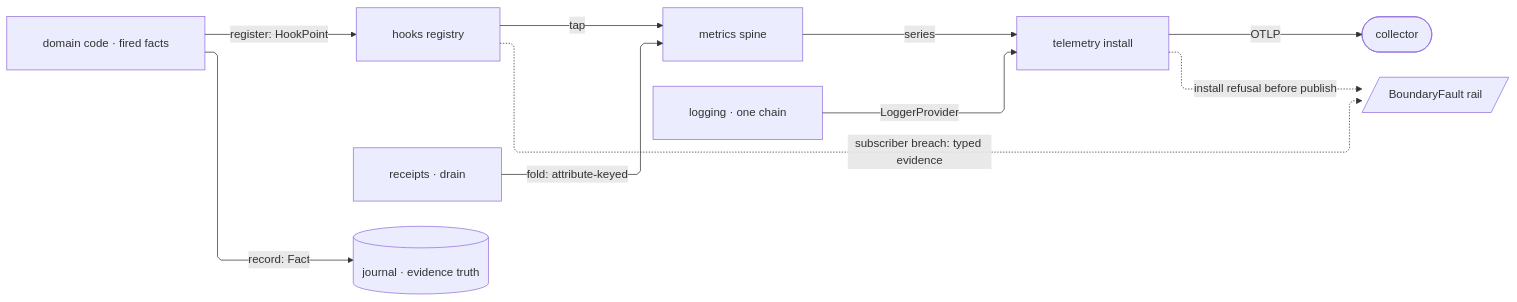
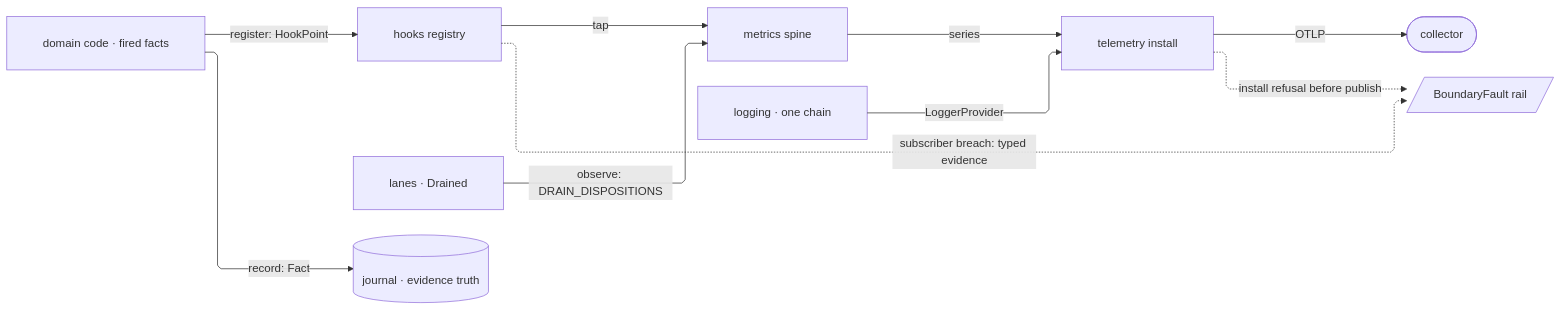
The fourth of 4 diagrams in libs/python/runtime/ARCHITECTURE.md (bsamiee/Rasm), drawn with Mermaid before and after one commit. The commit also changed other lines of this file and 1417 other files, not shown here.

````diff
--- a/libs/python/runtime/ARCHITECTURE.md
+++ b/libs/python/runtime/ARCHITECTURE.md
@@ -266,21 +265,21 @@
 ```mermaid
 ---
 config:
   layout: elk
   flowchart:
     curve: linear
     padding: 25
 ---
 flowchart LR
     accTitle: Runtime observability spine
-    accDescr: How fired facts, receipts, and log events converge on the profile-gated telemetry install and leave as OTLP.
+    accDescr: How fired facts, lane drains, and log events converge on the profile-gated telemetry install and leave as OTLP.
     Facts[domain code · fired facts] e1@-->|"register: HookPoint"| Hooks[hooks registry]
     Hooks e2@-->|"tap"| Metrics[metrics spine]
-    Receipts[receipts · drain] e3@-->|"fold: attribute-keyed"| Metrics
+    Drains[lanes · Drained] e3@-->|"observe: DRAIN_DISPOSITIONS"| Metrics
     Logging[logging · one chain] e4@-->|"LoggerProvider"| Telemetry[telemetry install]
     Metrics e5@-->|"series"| Telemetry
     Facts e6@-->|"record: Fact"| Journal[(journal · evidence truth)]
     Telemetry e7@-->|"OTLP"| Egress([collector])
     Hooks f1@-.->|"subscriber breach: typed evidence"| Fault[/BoundaryFault rail/]
     Telemetry f2@-.->|"install refusal before publish"| Fault
 ```
````
